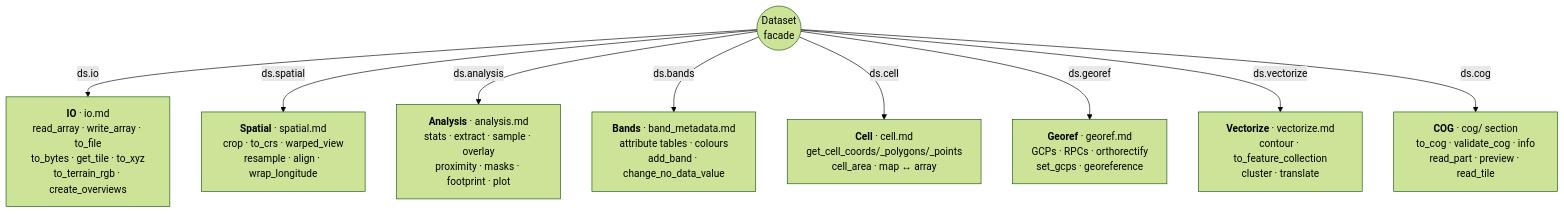
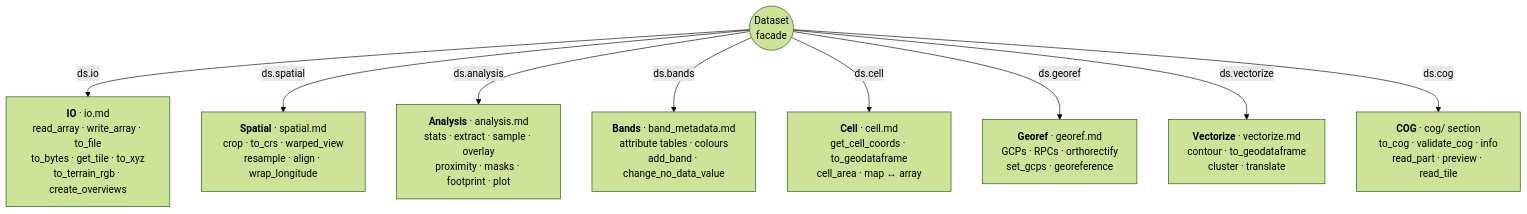
Before and after one commit to serapeum-org/pyramids: the second of 4 diagrams in docs/reference/dataset/index.md, drawn with Mermaid (forest theme). The commit also changed other lines of this file and 33 other files, not shown here.

First line of the commit message:
feat(dataset)!: add to_dataframe/to_geodataframe, consolidate cell exports (#1213)

````diff
--- a/docs/reference/dataset/index.md
+++ b/docs/reference/dataset/index.md
@@ -27,12 +27,12 @@
 ```mermaid
 flowchart TB
     DS(("Dataset<br/>facade"))
     DS -->|ds.io| IO["<b>IO</b> · io.md<br/>read_array · write_array · to_file<br/>to_bytes · get_tile · to_xyz<br/>to_terrain_rgb · create_overviews"]
     DS -->|ds.spatial| SP["<b>Spatial</b> · spatial.md<br/>crop · to_crs · warped_view<br/>resample · align · wrap_longitude"]
     DS -->|ds.analysis| AN["<b>Analysis</b> · analysis.md<br/>stats · extract · sample · overlay<br/>proximity · masks · footprint · plot"]
     DS -->|ds.bands| BA["<b>Bands</b> · band_metadata.md<br/>attribute tables · colours<br/>add_band · change_no_data_value"]
-    DS -->|ds.cell| CE["<b>Cell</b> · cell.md<br/>get_cell_coords/_polygons/_points<br/>cell_area · map ↔ array"]
+    DS -->|ds.cell| CE["<b>Cell</b> · cell.md<br/>get_cell_coords · to_geodataframe<br/>cell_area · map ↔ array"]
     DS -->|ds.georef| GE["<b>Georef</b> · georef.md<br/>GCPs · RPCs · orthorectify<br/>set_gcps · georeference"]
-    DS -->|ds.vectorize| VE["<b>Vectorize</b> · vectorize.md<br/>contour · to_feature_collection<br/>cluster · translate"]
+    DS -->|ds.vectorize| VE["<b>Vectorize</b> · vectorize.md<br/>contour · to_geodataframe<br/>cluster · translate"]
     DS -->|ds.cog| CG["<b>COG</b> · cog/ section<br/>to_cog · validate_cog · info<br/>read_part · preview · read_tile"]
 ```
````
